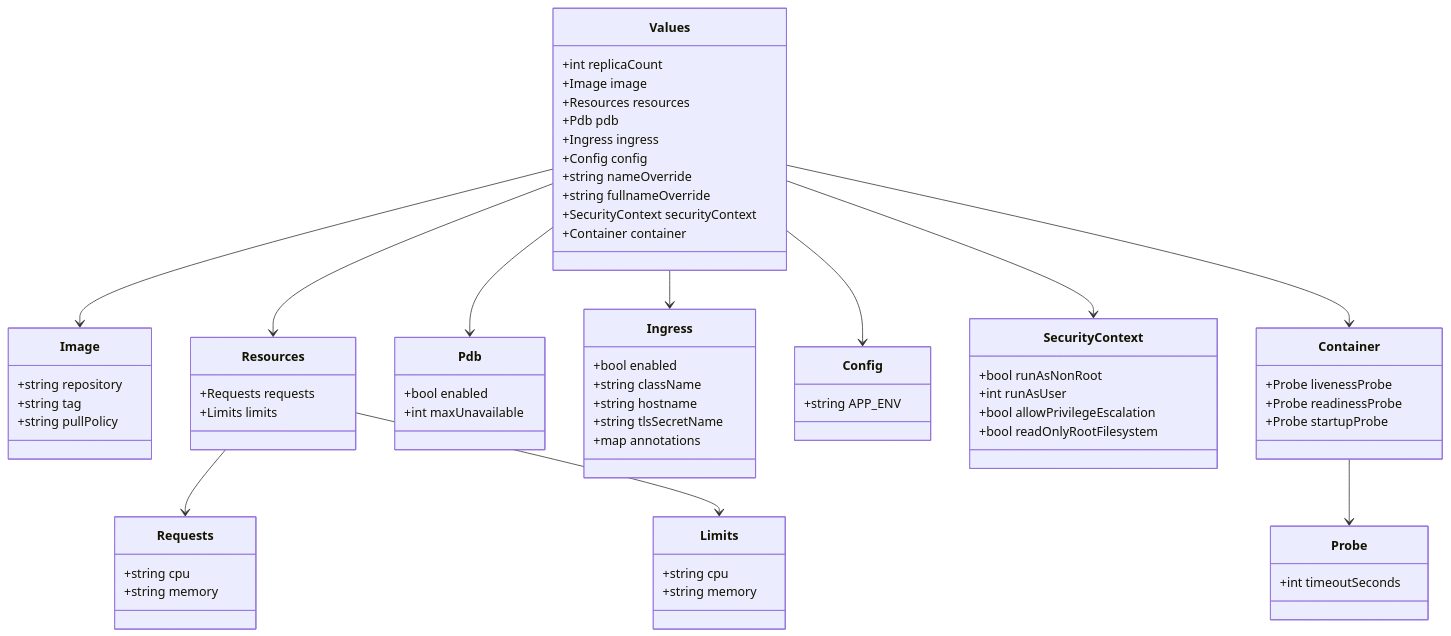
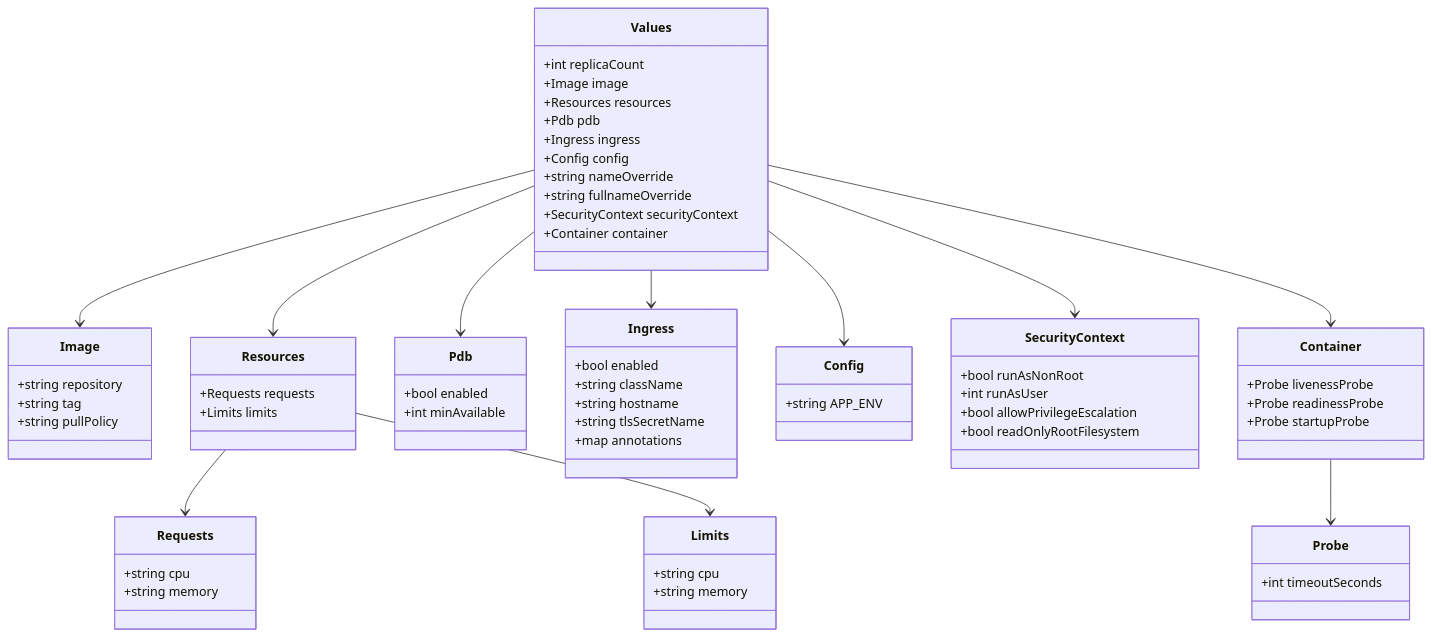
One commit to leynos/wildside changed the second of 4 diagrams in docs/repository-structure.md. Above: the diagram before and after it, drawn with Mermaid. The commit also changed 3 other files, not shown here.

Commit message:
Use explicit image tag and minAvailable PDB

````diff
--- a/docs/repository-structure.md
+++ b/docs/repository-structure.md
@@ -130,70 +130,70 @@
 ```mermaid
 classDiagram
     class Values {
       +int replicaCount
       +Image image
       +Resources resources
       +Pdb pdb
       +Ingress ingress
       +Config config
       +string nameOverride
       +string fullnameOverride
       +SecurityContext securityContext
       +Container container
     }
     class Image {
       +string repository
       +string tag
       +string pullPolicy
     }
     class Resources {
       +Requests requests
       +Limits limits
     }
     class Requests {
       +string cpu
       +string memory
     }
     class Limits {
       +string cpu
       +string memory
     }
     class Pdb {
       +bool enabled
-      +int maxUnavailable
+      +int minAvailable
     }
     class Ingress {
       +bool enabled
       +string className
       +string hostname
       +string tlsSecretName
       +map<string,string> annotations
     }
     class Config {
       +string APP_ENV
     }
     class SecurityContext {
       +bool runAsNonRoot
       +int runAsUser
       +bool allowPrivilegeEscalation
       +bool readOnlyRootFilesystem
     }
     class Container {
       +Probe livenessProbe
       +Probe readinessProbe
       +Probe startupProbe
     }
     class Probe {
       +int timeoutSeconds
     }
     Values --> Image
     Values --> Resources
     Resources --> Requests
     Resources --> Limits
     Values --> Pdb
     Values --> Ingress
     Values --> Config
     Values --> SecurityContext
     Values --> Container
     Container --> Probe
 ```
````
